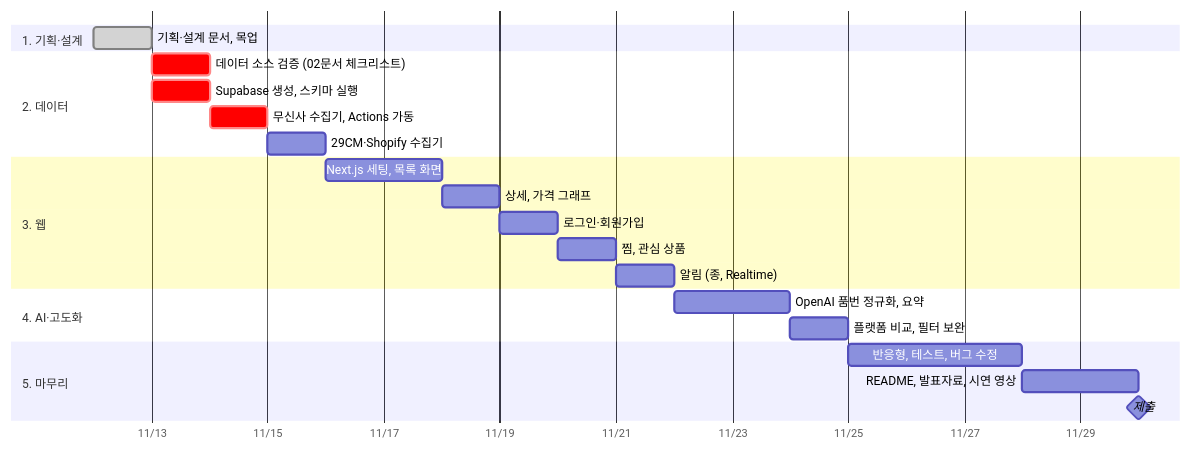
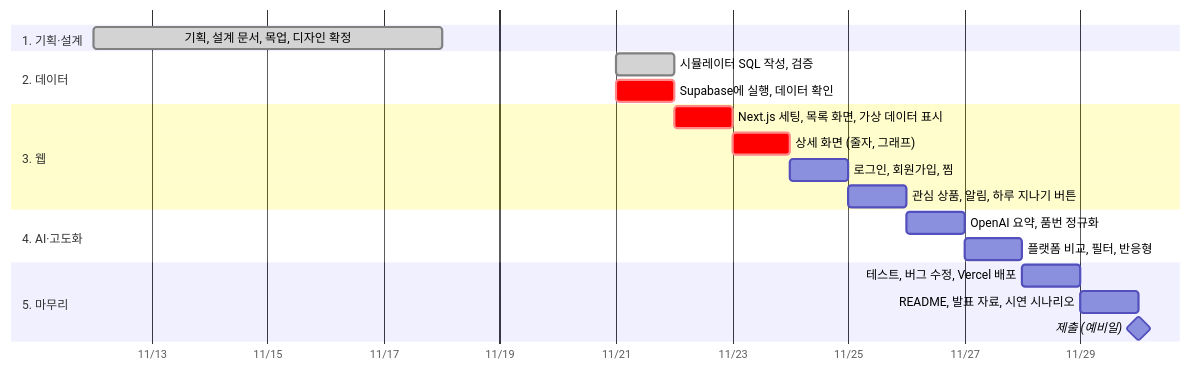
Before and after one commit to woojin-han/InjectionMonitor: the diagram in docs/08_일정WBS.md, drawn with Mermaid. The commit also changed other lines of this file and 16 other files, not shown here.

First line of the commit message:
데모 시뮬레이터로 방향 전환: SQL 시뮬레이터, 판정 규칙 수정, 문서 갱신

````diff
--- a/docs/08_일정WBS.md
+++ b/docs/08_일정WBS.md
@@ -6,25 +6,22 @@
 ```mermaid
 gantt
   dateFormat  YYYY-MM-DD
   axisFormat  %m/%d
   section 1. 기획·설계
-  기획·설계 문서, 목업            :done, a1, 2026-11-12, 1d
+  기획, 설계 문서, 목업, 디자인 확정   :done, a1, 2026-11-12, 6d
   section 2. 데이터
-  데이터 소스 검증 (02문서 체크리스트) :crit, b1, 2026-11-13, 1d
-  Supabase 생성, 스키마 실행       :crit, b2, 2026-11-13, 1d
-  무신사 수집기, Actions 가동       :crit, b3, 2026-11-14, 1d
-  29CM·Shopify 수집기             :b4, 2026-11-15, 1d
+  시뮬레이터 SQL 작성, 검증            :done, b1, 2026-11-21, 1d
+  Supabase에 실행, 데이터 확인          :crit, b2, 2026-11-21, 1d
   section 3. 웹
-  Next.js 세팅, 목록 화면           :c1, 2026-11-16, 2d
-  상세, 가격 그래프                :c2, 2026-11-18, 1d
-  로그인·회원가입                  :c3, 2026-11-19, 1d
-  찜, 관심 상품                    :c4, 2026-11-20, 1d
-  알림 (종, Realtime)             :c5, 2026-11-21, 1d
+  Next.js 세팅, 목록 화면, 가상 데이터 표시 :crit, c1, 2026-11-22, 1d
+  상세 화면 (줄자, 그래프)               :crit, c2, 2026-11-23, 1d
+  로그인, 회원가입, 찜                  :c3, 2026-11-24, 1d
+  관심 상품, 알림, 하루 지나기 버튼        :c4, 2026-11-25, 1d
   section 4. AI·고도화
-  OpenAI 품번 정규화, 요약           :d1, 2026-11-22, 2d
-  플랫폼 비교, 필터 보완             :d2, 2026-11-24, 1d
+  OpenAI 요약, 품번 정규화              :d1, 2026-11-26, 1d
+  플랫폼 비교, 필터, 반응형              :d2, 2026-11-27, 1d
   section 5. 마무리
-  반응형, 테스트, 버그 수정           :e1, 2026-11-25, 3d
-  README, 발표자료, 시연 영상         :e2, 2026-11-28, 2d
-  제출                            :milestone, e3, 2026-11-30, 0d
+  테스트, 버그 수정, Vercel 배포         :e1, 2026-11-28, 1d
+  README, 발표 자료, 시연 시나리오        :e2, 2026-11-29, 1d
+  제출 (예비일)                        :milestone, e3, 2026-11-30, 0d
 ```
````
